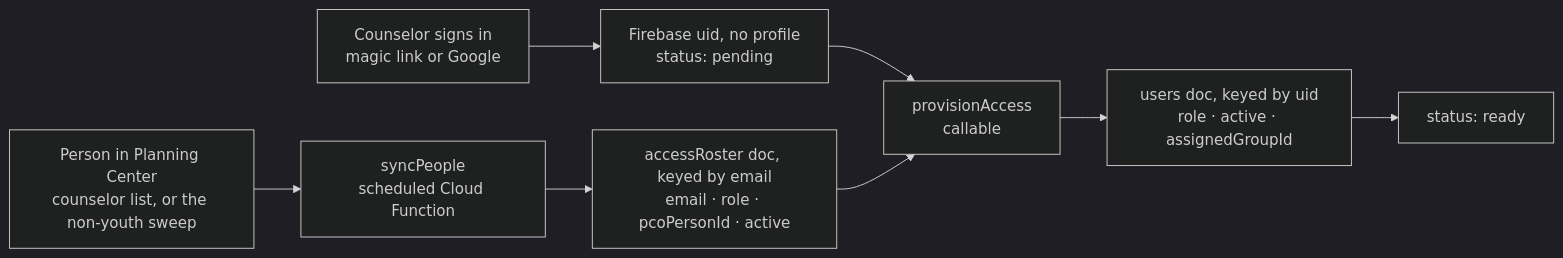
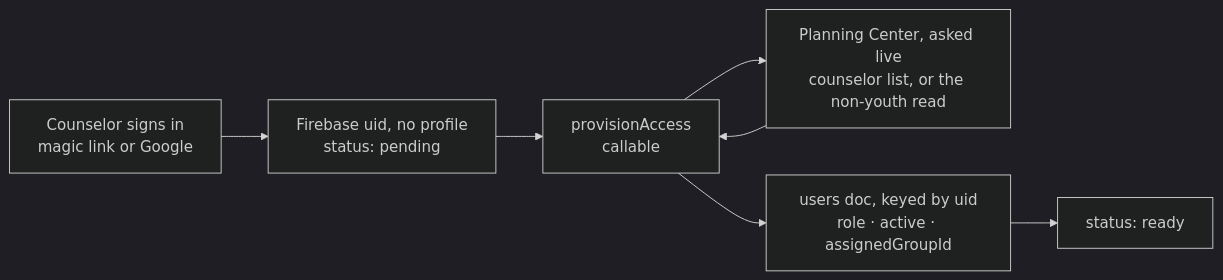
Before and after one commit to vrwarp/tally: the diagram in docs/planning-center.md, drawn with Mermaid (dark theme). The commit also changed other lines of this file and 7 other files, not shown here.

````diff
--- a/docs/planning-center.md
+++ b/docs/planning-center.md
@@ -138,11 +165,9 @@
 ```mermaid
 flowchart LR
-  A["Person in Planning Center<br/>counselor list, or the non-youth sweep"]
-    --> B["syncPeople<br/>scheduled Cloud Function"]
-  B --> C["accessRoster doc, keyed by email<br/>email · role · pcoPersonId · active"]
   D["Counselor signs in<br/>magic link or Google"] --> E["Firebase uid, no profile<br/>status: pending"]
   E --> F["provisionAccess<br/>callable"]
-  C --> F
+  F --> A["Planning Center, asked live<br/>counselor list, or the non-youth read"]
+  A --> F
   F --> G["users doc, keyed by uid<br/>role · active · assignedGroupId"]
   G --> H["status: ready"]
 ```
````
